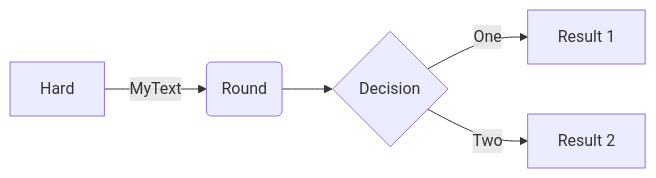
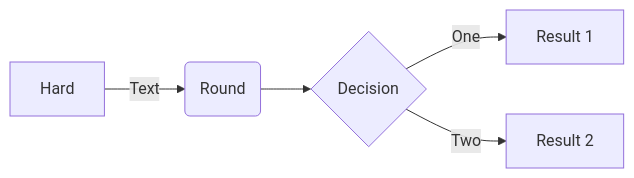
One commit to mihail1orlov/Learning changed the first of 8 diagrams in markdown/mermaid-examples.md. Above: the diagram before and after it, drawn with Mermaid. The commit also changed other lines of this file and 27 other files, not shown here.

````diff
--- a/markdown/mermaid-examples.md
+++ b/markdown/mermaid-examples.md
@@ -10,8 +9,7 @@
 ```mermaid
 flowchart LR
-
-A[Hard] -->|MyText| B(Round)
-B --> C{Decision}
-C -->|One| D[Result 1]
-C -->|Two| E[Result 2]
+    A[Hard] -->|Text| B(Round)
+    B --> C{Decision}
+    C -->|One| D[Result 1]
+    C -->|Two| E[Result 2]
 ```
````
